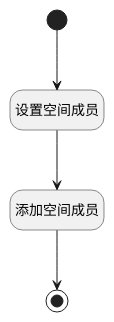
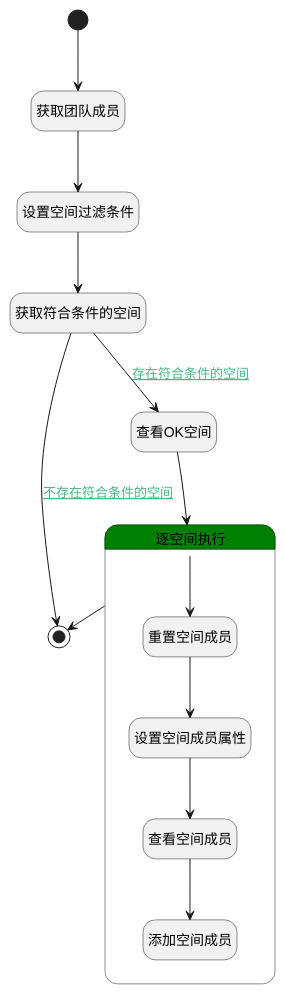
The diagram in doc/docsify/module/Base/template_flow/logic/auto_add_member_to_space.md (iBizLab/plm), drawn with PlantUML before and after one commit. The commit also changed other lines of this file and 1068 other files, not shown here.

````diff
--- a/doc/docsify/module/Base/template_flow/logic/auto_add_member_to_space.md
+++ b/doc/docsify/module/Base/template_flow/logic/auto_add_member_to_space.md
@@ -7,23 +7,39 @@
 ```plantuml
 @startuml
 hide empty description
 <style>
 root {
   HyperlinkColor #42b983
 }
 </style>
 
 hide empty description
 state "开始" as Begin <<start>> [[$./auto_add_member_to_space#begin {"开始"}]]
-state "设置空间成员" as PREPAREPARAM1  [[$./auto_add_member_to_space#prepareparam1 {"设置空间成员"}]]
+state "获取团队成员" as DEACTION2  [[$./auto_add_member_to_space#deaction2 {"获取团队成员"}]]
+state "设置空间过滤条件" as PREPAREPARAM2  [[$./auto_add_member_to_space#prepareparam2 {"设置空间过滤条件"}]]
+state "获取符合条件的空间" as DEDATASET1  [[$./auto_add_member_to_space#dedataset1 {"获取符合条件的空间"}]]
+state "结束" as END2 <<end>> [[$./auto_add_member_to_space#end2 {"结束"}]]
+state "查看OK空间" as DEBUGPARAM3  [[$./auto_add_member_to_space#debugparam3 {"查看OK空间"}]]
+state "逐空间执行" as LOOPSUBCALL1  [[$./auto_add_member_to_space#loopsubcall1 {"逐空间执行"}]] #green {
+state "重置空间成员" as RESETPARAM1  [[$./auto_add_member_to_space#resetparam1 {"重置空间成员"}]]
+state "设置空间成员属性" as PREPAREPARAM1  [[$./auto_add_member_to_space#prepareparam1 {"设置空间成员属性"}]]
+state "查看空间成员" as DEBUGPARAM2  [[$./auto_add_member_to_space#debugparam2 {"查看空间成员"}]]
 state "添加空间成员" as DEACTION1  [[$./auto_add_member_to_space#deaction1 {"添加空间成员"}]]
-state "结束" as END1 <<end>> [[$./auto_add_member_to_space#end1 {"结束"}]]
+}
 
 
-Begin --> PREPAREPARAM1
-PREPAREPARAM1 --> DEACTION1
-DEACTION1 --> END1
+Begin --> DEACTION2
+DEACTION2 --> PREPAREPARAM2
+PREPAREPARAM2 --> DEDATASET1
+DEDATASET1 --> DEBUGPARAM3 : [[$./auto_add_member_to_space#dedataset1-debugparam3{存在符合条件的空间} 存在符合条件的空间]]
+DEBUGPARAM3 --> LOOPSUBCALL1
+LOOPSUBCALL1 --> RESETPARAM1
+RESETPARAM1 --> PREPAREPARAM1
+PREPAREPARAM1 --> DEBUGPARAM2
+DEBUGPARAM2 --> DEACTION1
+LOOPSUBCALL1 --> END2
+DEDATASET1 --> END2 : [[$./auto_add_member_to_space#dedataset1-end2{不存在符合条件的空间} 不存在符合条件的空间]]
 
 
 @enduml
 ```
````
